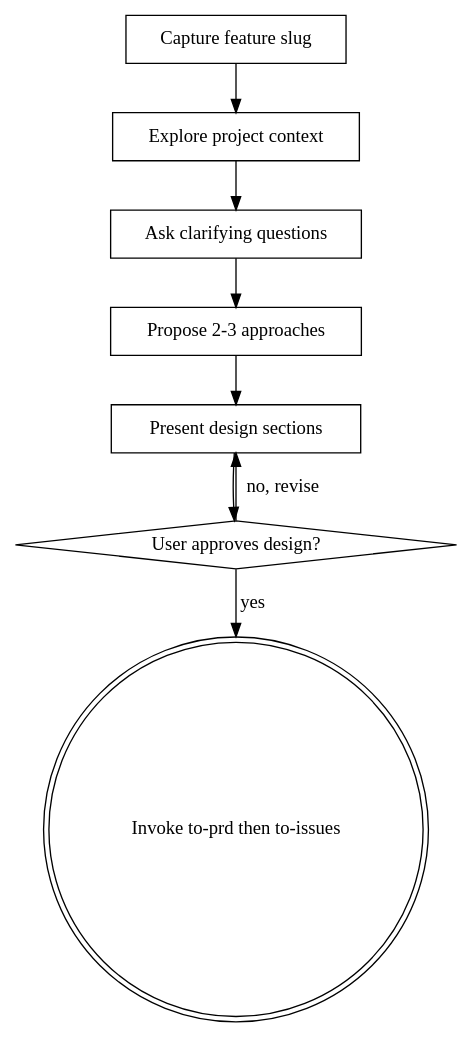
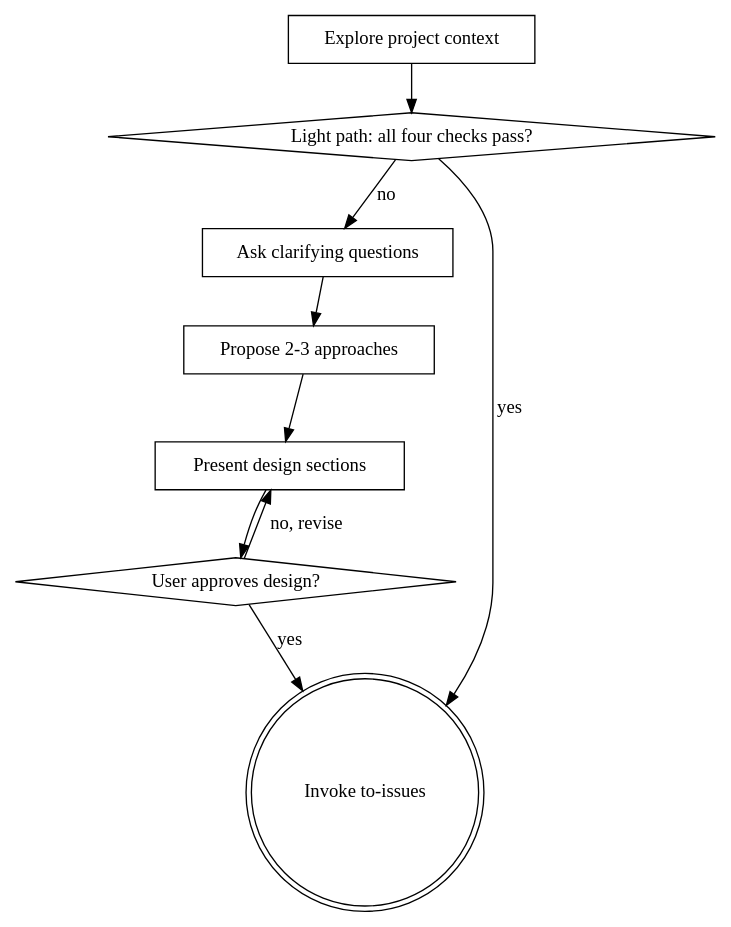
The diagram in skills/crew-brainstorm/SKILL.md (ypxing/coding-crew), drawn with Graphviz before and after one commit. The commit also changed other lines of this file and 50 other files, not shown here.

First line of the commit message:
Skip the PRD when a change is one issue: grill and brainstorm go straight to to-issues (#355)

````diff
--- a/skills/crew-brainstorm/SKILL.md
+++ b/skills/crew-brainstorm/SKILL.md
@@ -44,19 +33,21 @@
 ```dot
 digraph brainstorming {
-    "Capture feature slug" [shape=box];
     "Explore project context" [shape=box];
     "Ask clarifying questions" [shape=box];
     "Propose 2-3 approaches" [shape=box];
     "Present design sections" [shape=box];
     "User approves design?" [shape=diamond];
-    "Invoke to-prd then to-issues" [shape=doublecircle];
+    "Invoke to-issues" [shape=doublecircle];
 
-    "Capture feature slug" -> "Explore project context";
-    "Explore project context" -> "Ask clarifying questions";
+    "Light path: all four checks pass?" [shape=diamond];
+
+    "Explore project context" -> "Light path: all four checks pass?";
+    "Light path: all four checks pass?" -> "Invoke to-issues" [label="yes"];
+    "Light path: all four checks pass?" -> "Ask clarifying questions" [label="no"];
     "Ask clarifying questions" -> "Propose 2-3 approaches";
     "Propose 2-3 approaches" -> "Present design sections";
     "Present design sections" -> "User approves design?";
     "User approves design?" -> "Present design sections" [label="no, revise"];
-    "User approves design?" -> "Invoke to-prd then to-issues" [label="yes"];
+    "User approves design?" -> "Invoke to-issues" [label="yes"];
 }
 ```
````
